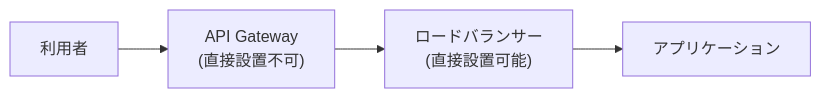
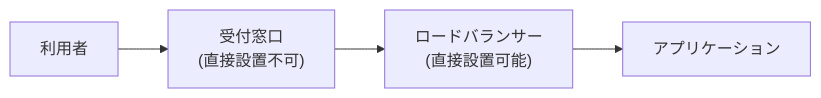
The third of 6 diagrams in docs/18-weekly-verification-report-week4-client.md (primenumber-dev/quick-agentcore-poc), drawn with Mermaid before and after one commit. The commit also changed other lines of this file and 7 other files, not shown here.

````diff
--- a/docs/18-weekly-verification-report-week4-client.md
+++ b/docs/18-weekly-verification-report-week4-client.md
@@ -67,6 +94,6 @@
 ```mermaid
 flowchart LR
-    Client["利用者"] --> APIGW["API Gateway<br/>(直接設置不可)"]
+    Client["利用者"] --> APIGW["受付窓口<br/>(直接設置不可)"]
     APIGW --> ALB["ロードバランサー<br/>(直接設置可能)"]
     ALB --> App["アプリケーション"]
 ```
````
